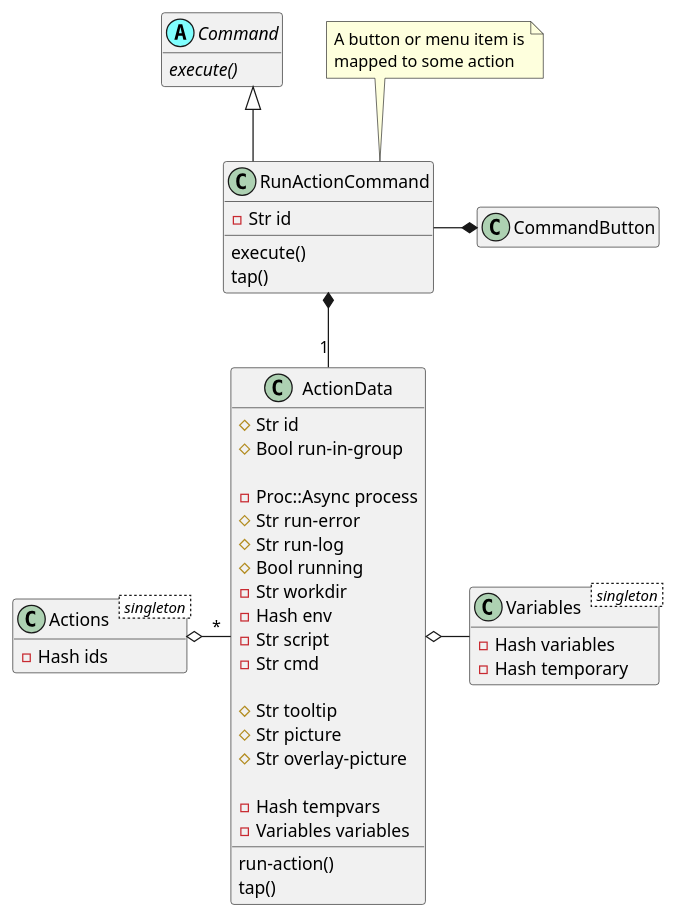
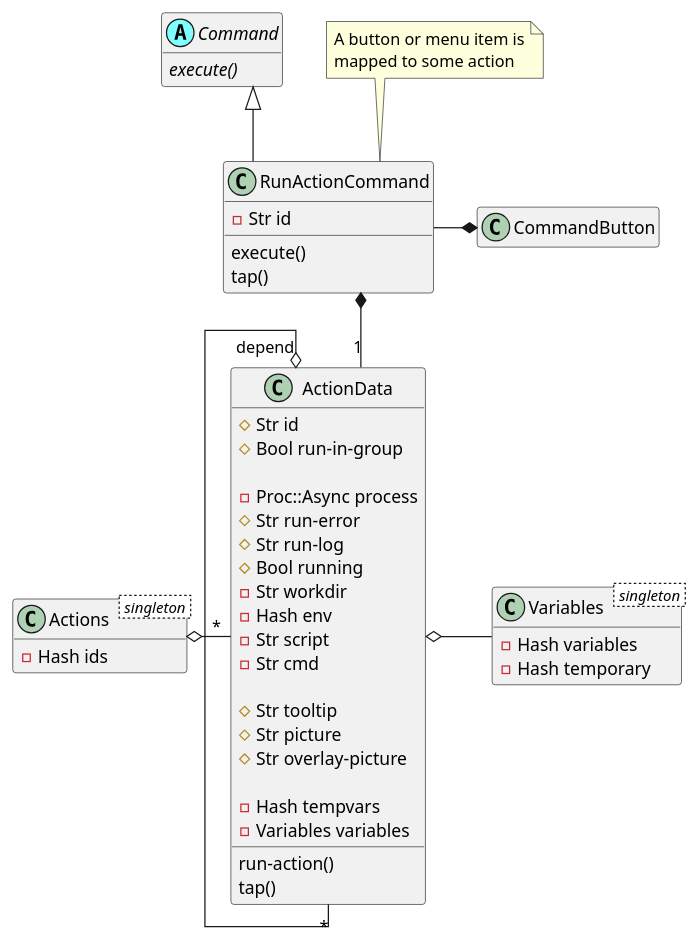
Before and after one commit to MARTIMM/SessionManager: the second of 2 diagrams in doc/session-manager.md, drawn with PlantUML. The commit also changed other lines of this file, not shown here.

````diff
--- a/doc/session-manager.md
+++ b/doc/session-manager.md
@@ -127,66 +127,67 @@
 ```plantuml
 @startuml
 
 'scale 0.8
 
 skinparam packageStyle rectangle
 skinparam stereotypeCBackgroundColor #80ffff
 skinparam linetype ortho
 
 set namespaceSeparator ::
 hide empty members
 
 abstract class Command <<(A,#80ffff)>> {
   {abstract} execute()
 }
 
 class RunActionCommand {
   - Str id
   execute()
   tap()
 }
 
 note "A button or menu item is\nmapped to some action" as N1
 N1 .. RunActionCommand
 
 class Variables < singleton > {
   - Hash variables
   - Hash temporary
 }
 
 class Actions < singleton > {
   - Hash ids
 }
 
 class ActionData {
   # Str id
   # Bool run-in-group
 
   - Proc::Async process
   # Str run-error
   # Str run-log
   # Bool running
   - Str workdir
   - Hash env
   - Str script
   - Str cmd
 
   # Str tooltip
   # Str picture
   # Str overlay-picture
 
   - Hash tempvars
   - Variables variables
 
   run-action()
   tap()
 }
 
 Actions o- "*" ActionData
 Command <|-- RunActionCommand
 RunActionCommand *-- "1" ActionData
 ActionData o- Variables
+ActionData "depend" o- "*" ActionData
 RunActionCommand -* CommandButton
 
 @enduml
 ```
````
